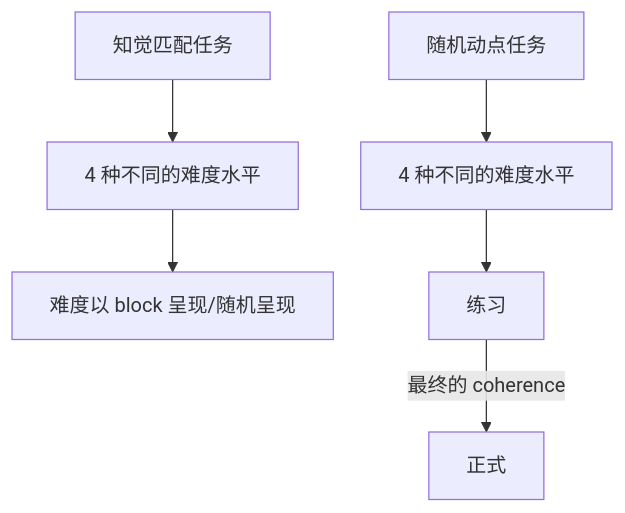
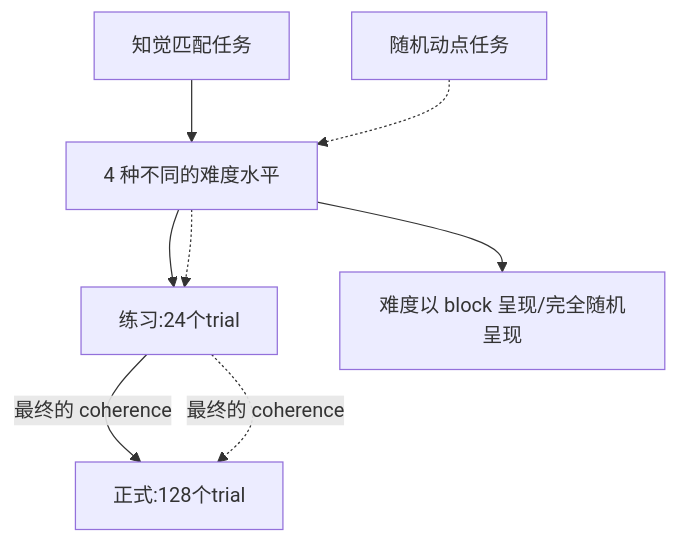
Before and after one commit to Wsy122/Self_Prioritization_Expt: the diagram in 2_Experiments/2_1_Pilot_Experiment/2_1_1_Procedure/pilot_expt_v4/plan.md, drawn with Mermaid. The commit also changed other lines of this file and 11 other files, not shown here.

````diff
--- a/2_Experiments/2_1_Pilot_Experiment/2_1_1_Procedure/pilot_expt_v4/plan.md
+++ b/2_Experiments/2_1_Pilot_Experiment/2_1_1_Procedure/pilot_expt_v4/plan.md
@@ -8,7 +9,9 @@
 ```mermaid
 graph 
-    A[知觉匹配任务]-->B[4 种不同的难度水平]-->C[难度以 block 呈现/随机呈现] 
+    A[知觉匹配任务] -->B[4 种不同的难度水平]-->C[练习:24个trial] -->|最终的 coherence|G[正式:128个trial]
 
-    D[随机动点任务]-->E[4 种不同的难度水平]-->F[练习]-->|最终的 coherence|G[正式]
-    
+    B-->H[难度以 block 呈现/完全随机呈现] 
+
+    D[随机动点任务] -.->B-.->C-.->|最终的 coherence|G
+        
 ```
````
